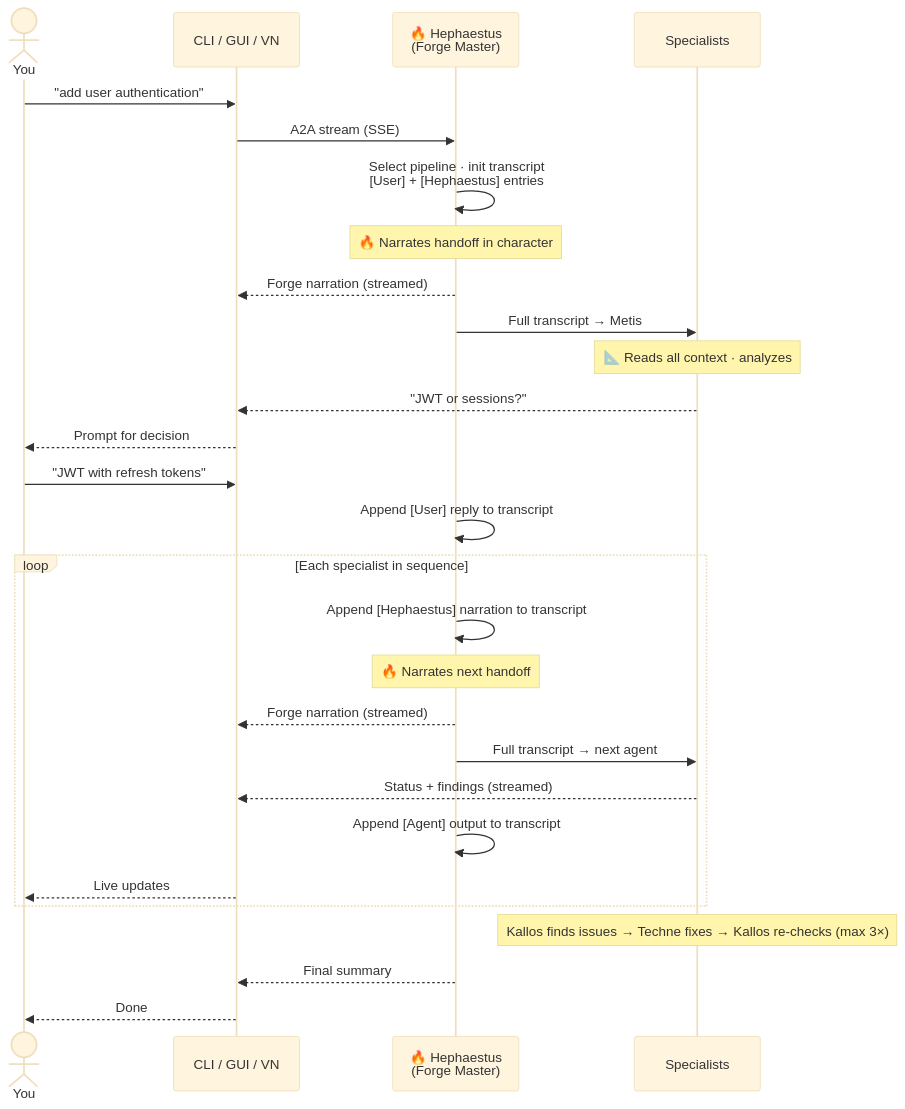
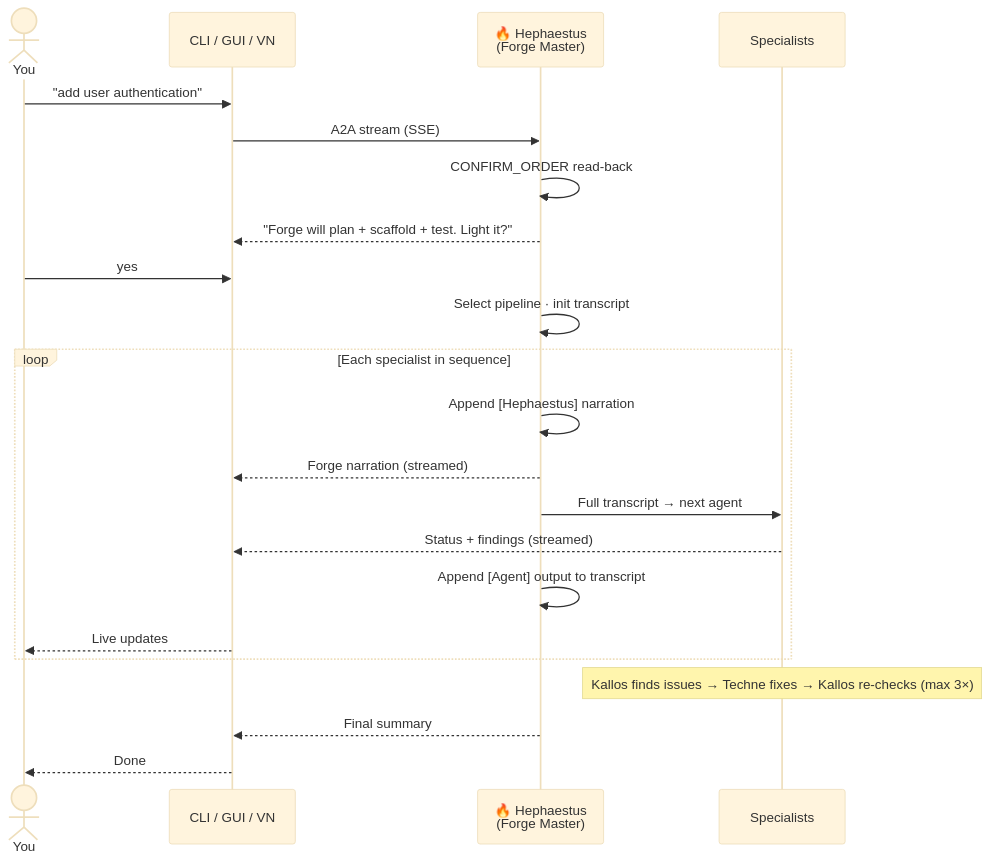
Before and after one commit to ajbarea/kourai-khryseai: the diagram in docs/overview.md, drawn with Mermaid (base theme). The commit also changed other lines of this file and 11 other files, not shown here.

````diff
--- a/docs/overview.md
+++ b/docs/overview.md
@@ -58,34 +35,27 @@
     ```mermaid
     sequenceDiagram
         actor You
         participant UI as CLI / GUI / VN
         participant Hep as 🔥 Hephaestus<br/>(Forge Master)
         participant Spec as Specialists
 
         You->>UI: "add user authentication"
         UI->>Hep: A2A stream (SSE)
-        Hep->>Hep: Select pipeline · init transcript<br/>[User] + [Hephaestus] entries
-
-        Note over Hep: 🔥 Narrates handoff in character
-        Hep-->>UI: Forge narration (streamed)
-        Hep->>Spec: Full transcript → Metis
-        Note over Spec: 📐 Reads all context · analyzes
-        Spec-->>UI: "JWT or sessions?"
-        UI-->>You: Prompt for decision
-        You->>UI: "JWT with refresh tokens"
-        Hep->>Hep: Append [User] reply to transcript
+        Hep->>Hep: CONFIRM_ORDER read-back
+        Hep-->>UI: "Forge will plan + scaffold + test. Light it?"
+        You->>UI: yes
+        Hep->>Hep: Select pipeline · init transcript
 
         loop Each specialist in sequence
-            Hep->>Hep: Append [Hephaestus] narration to transcript
-            Note over Hep: 🔥 Narrates next handoff
+            Hep->>Hep: Append [Hephaestus] narration
             Hep-->>UI: Forge narration (streamed)
             Hep->>Spec: Full transcript → next agent
             Spec-->>UI: Status + findings (streamed)
             Hep->>Hep: Append [Agent] output to transcript
             UI-->>You: Live updates
         end
 
         Note over Spec: Kallos finds issues → Techne fixes → Kallos re-checks (max 3×)
         Hep-->>UI: Final summary
         UI-->>You: Done
     ```
````
